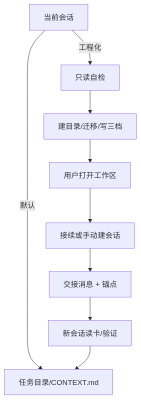
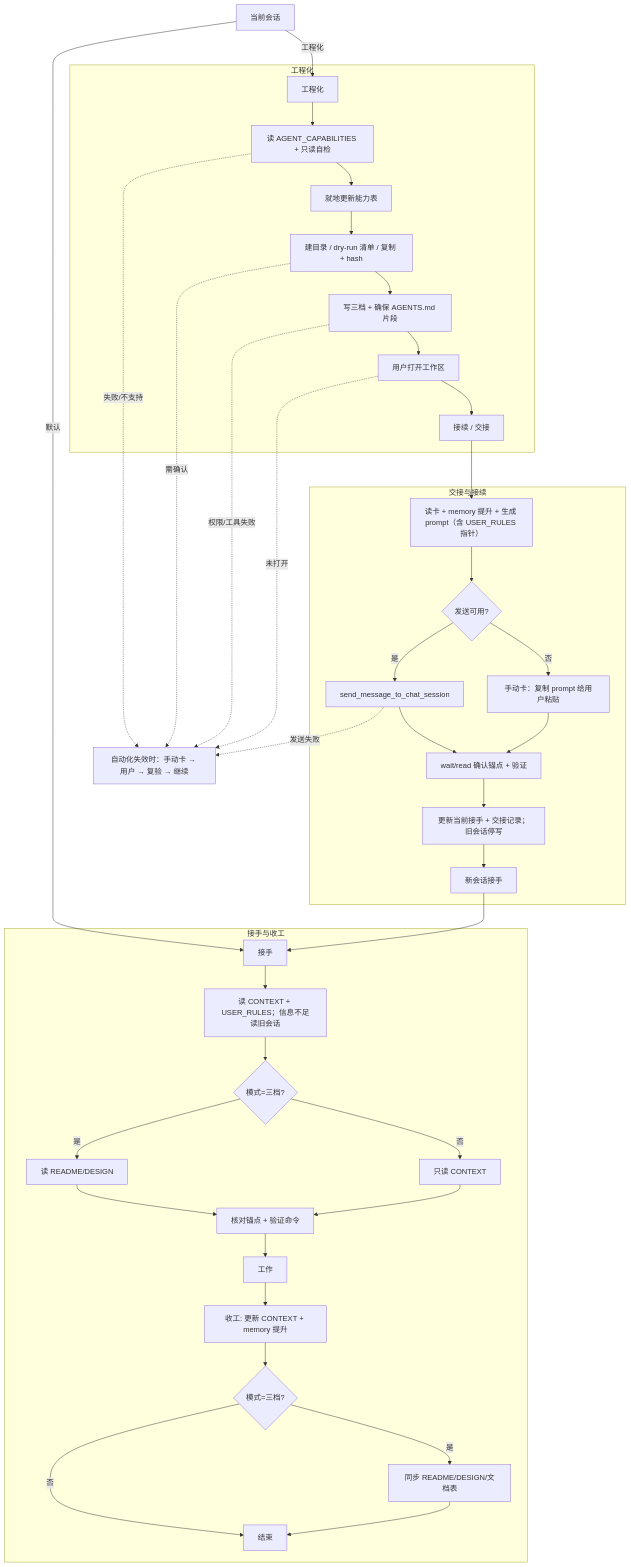
Before and after one commit to Lizardon386/multi-agent-task-handoff: the diagram in DESIGN.md, drawn with Mermaid. The commit also changed other lines of this file, not shown here.

Commit message:
docs: 细化 DESIGN 流程图，语义边界改为表格

````diff
--- a/DESIGN.md
+++ b/DESIGN.md
@@ -52,11 +52,47 @@
 ```mermaid
 flowchart TD
-  A[当前会话] -->|默认| C[任务目录/CONTEXT.md]
-  A -->|工程化| S[只读自检]
-  S --> D[建目录/迁移/写三档]
-  D --> M[用户打开工作区]
-  M --> N[接续或手动建会话]
-  N --> H[交接消息 + 锚点]
-  H --> B[新会话读卡/验证]
-  B --> C
+  A[当前会话] -->|默认| B[接手]
+  A -->|工程化| M[工程化]
+
+  subgraph START[接手与收工]
+    B --> C[读 CONTEXT + USER_RULES；信息不足读旧会话]
+    C --> D{模式=三档?}
+    D -- 是 --> E[读 README/DESIGN]
+    D -- 否 --> F[只读 CONTEXT]
+    E --> G[核对锚点 + 验证命令]
+    F --> G
+    G --> H[工作]
+    H --> I[收工: 更新 CONTEXT + memory 提升]
+    I --> J{模式=三档?}
+    J -- 是 --> K[同步 README/DESIGN/文档表]
+    J -- 否 --> L[结束]
+    K --> L
+  end
+
+  subgraph ENG[工程化]
+    M --> N[读 AGENT_CAPABILITIES + 只读自检]
+    N --> N1[就地更新能力表]
+    N1 --> O[建目录 / dry-run 清单 / 复制 + hash]
+    O --> P[写三档 + 确保 AGENTS.md 片段]
+    P --> Q[用户打开工作区]
+    Q --> R[接续 / 交接]
+  end
+
+  subgraph HAND[交接与接续]
+    R --> S[读卡 + memory 提升 + 生成 prompt（含 USER_RULES 指针）]
+    S --> T{发送可用?}
+    T -- 是 --> U[send_message_to_chat_session]
+    T -- 否 --> V[手动卡：复制 prompt 给用户粘贴]
+    U --> W[wait/read 确认锚点 + 验证]
+    V --> W
+    W --> X[更新当前接手 + 交接记录；旧会话停写]
+    X --> Y[新会话接手]
+    Y --> B
+  end
+
+  N -.失败/不支持.-> Z[自动化失效时：手动卡 → 用户 → 复验 → 继续]
+  O -.需确认.-> Z
+  P -.权限/工具失败.-> Z
+  Q -.未打开.-> Z
+  U -.发送失败.-> Z
 ```
````
